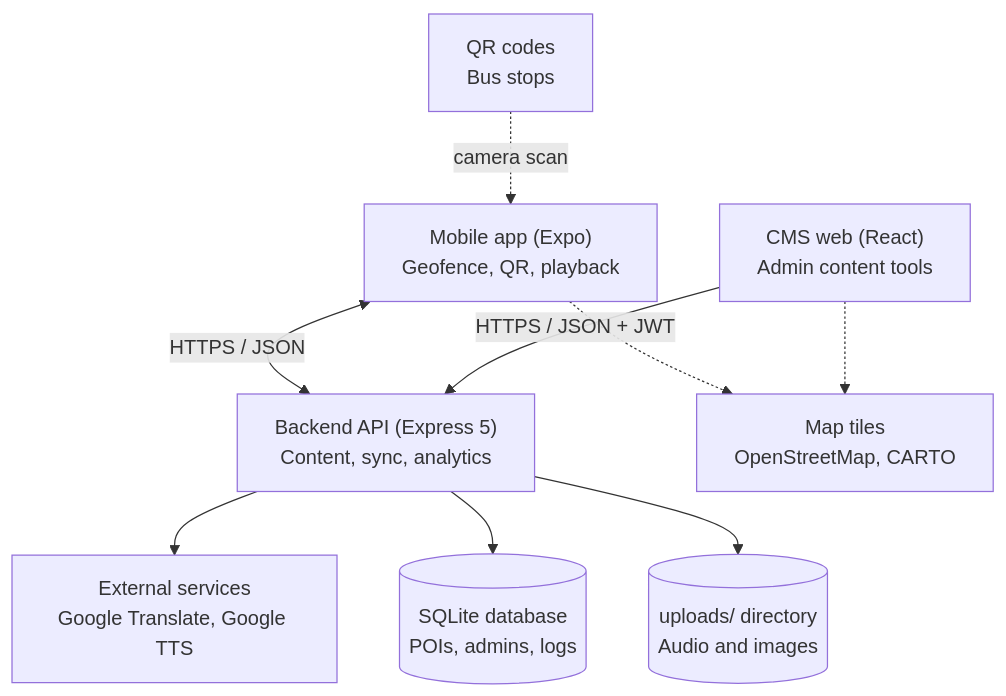
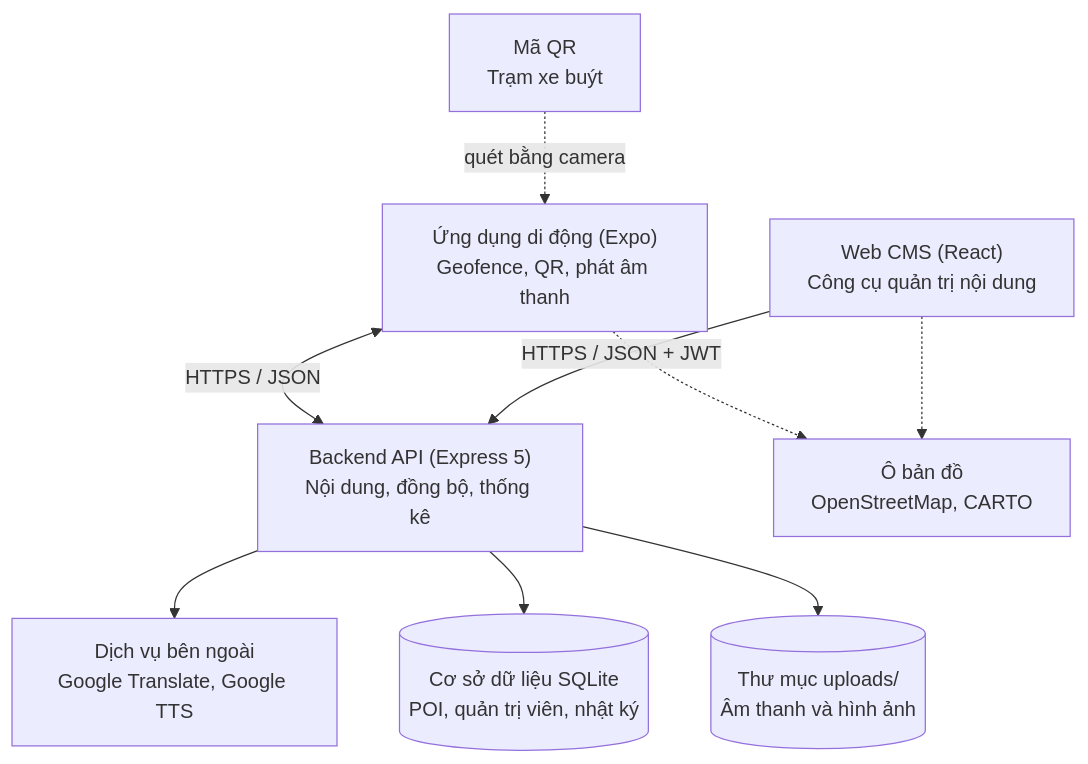
One commit to AiraLeFatale/CongNghePhanMem_Project changed the first of 19 diagrams in docs/02-design.md. Above: the diagram before and after it, drawn with Mermaid. The commit also changed other lines of this file and 11 other files, not shown here.

````diff
--- a/docs/02-design.md
+++ b/docs/02-design.md
@@ -16,20 +16,20 @@
 ```mermaid
 flowchart TB
-    QR["QR codes<br/>Bus stops"]
-    MOBILE["Mobile app (Expo)<br/>Geofence, QR, playback"]
-    CMS["CMS web (React)<br/>Admin content tools"]
-    BACKEND["Backend API (Express 5)<br/>Content, sync, analytics"]
-    EXT["External services<br/>Google Translate, Google TTS"]
-    DB[("SQLite database<br/>POIs, admins, logs")]
-    FS[("uploads/ directory<br/>Audio and images")]
-    TILES["Map tiles<br/>OpenStreetMap, CARTO"]
+    QR["Mã QR<br/>Trạm xe buýt"]
+    MOBILE["Ứng dụng di động (Expo)<br/>Geofence, QR, phát âm thanh"]
+    CMS["Web CMS (React)<br/>Công cụ quản trị nội dung"]
+    BACKEND["Backend API (Express 5)<br/>Nội dung, đồng bộ, thống kê"]
+    EXT["Dịch vụ bên ngoài<br/>Google Translate, Google TTS"]
+    DB[("Cơ sở dữ liệu SQLite<br/>POI, quản trị viên, nhật ký")]
+    FS[("Thư mục uploads/<br/>Âm thanh và hình ảnh")]
+    TILES["Ô bản đồ<br/>OpenStreetMap, CARTO"]
 
-    QR -. "camera scan" .-> MOBILE
+    QR -. "quét bằng camera" .-> MOBILE
     MOBILE -.-> TILES
     CMS -.-> TILES
     MOBILE <-->|"HTTPS / JSON"| BACKEND
     CMS -->|"HTTPS / JSON + JWT"| BACKEND
     BACKEND --> EXT
     BACKEND --> DB
     BACKEND --> FS
 ```
````
